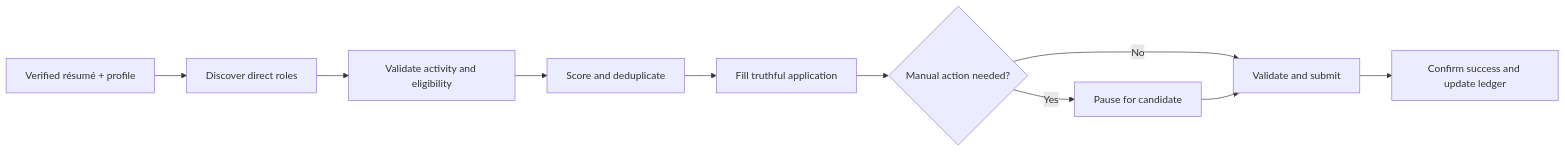
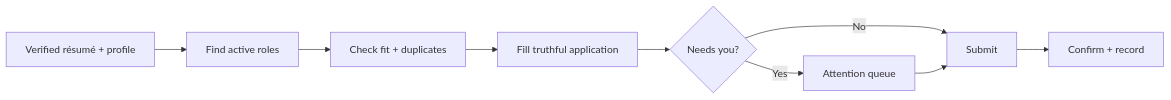
The diagram in README.md (vaibhavarora14/job-application-agent), drawn with Mermaid before and after one commit. The commit also changed other lines of this file, not shown here.

````diff
--- a/README.md
+++ b/README.md
@@ -129,12 +90,11 @@
 ```mermaid
 flowchart LR
-    A["Verified résumé + profile"] --> B["Discover direct roles"]
-    B --> C["Validate activity and eligibility"]
-    C --> D["Score and deduplicate"]
-    D --> E["Fill truthful application"]
-    E --> F{"Manual action needed?"}
-    F -- Yes --> G["Pause for candidate"]
-    F -- No --> H["Validate and submit"]
-    G --> H
-    H --> I["Confirm success and update ledger"]
+    A["Verified résumé + profile"] --> B["Find active roles"]
+    B --> C["Check fit + duplicates"]
+    C --> D["Fill truthful application"]
+    D --> E{"Needs you?"}
+    E -- Yes --> F["Attention queue"]
+    E -- No --> G["Submit"]
+    F --> G
+    G --> H["Confirm + record"]
 ```
````
